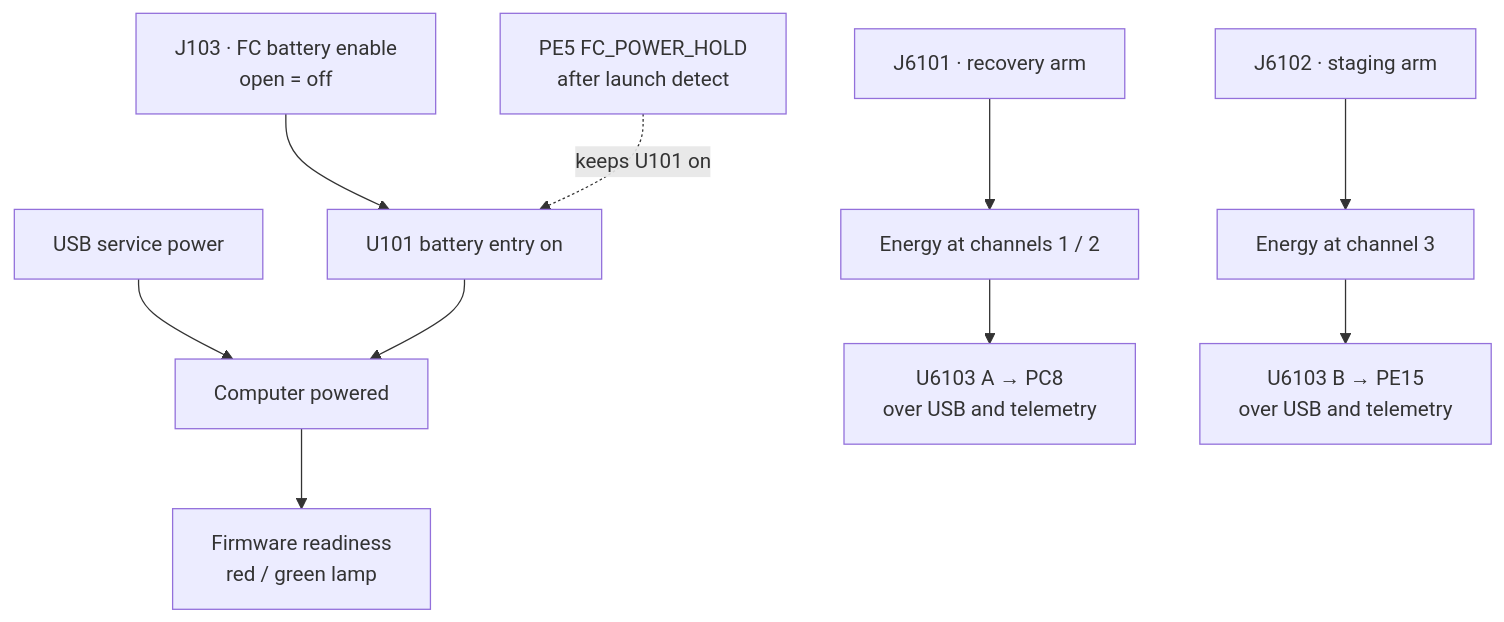
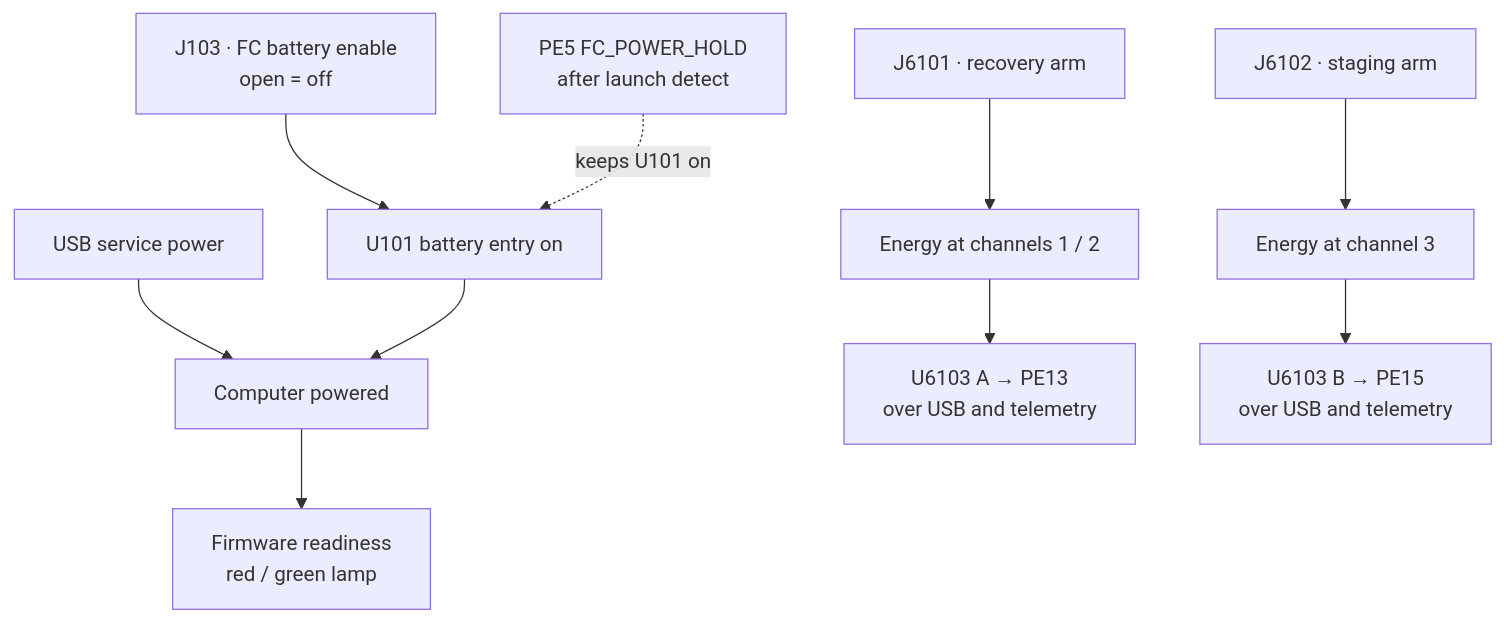
Before and after one commit to ULAS-HiPR/Ogma2: the diagram in docs/architecture/09-connectors-arming.md, drawn with Mermaid. The commit also changed other lines of this file and 21 other files, not shown here.

First line of the commit message:
Record the 18-19 Nov architecture sign-off and its decisions

````diff
--- a/docs/architecture/09-connectors-arming.md
+++ b/docs/architecture/09-connectors-arming.md
@@ -8,17 +8,17 @@
 ```mermaid
 flowchart TB
   A["J103 · FC battery enable
 open = off"] --> B["U101 battery entry on"]
   U["USB service power"] --> C["Computer powered"]
   B --> C
   HOLD["PE5 FC_POWER_HOLD
 after launch detect"] -.->|"keeps U101 on"| B
   C --> D["Firmware readiness
 red / green lamp"]
   E["J6101 · recovery arm"] --> F["Energy at channels 1 / 2"]
-  F --> S["U6103 A → PC8
+  F --> S["U6103 A → PE13
 over USB and telemetry"]
   E3["J6102 · staging arm"] --> F3["Energy at channel 3"]
   F3 --> S3["U6103 B → PE15
 over USB and telemetry"]
 ```
````
